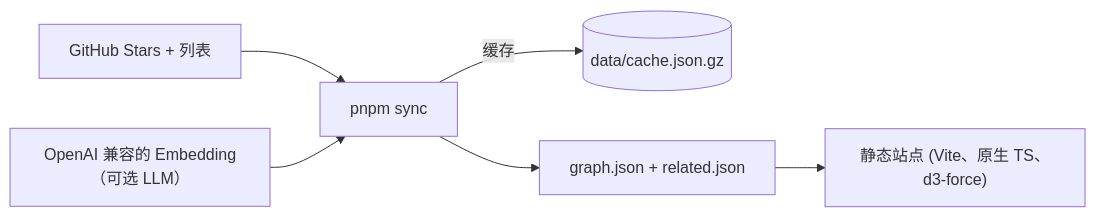
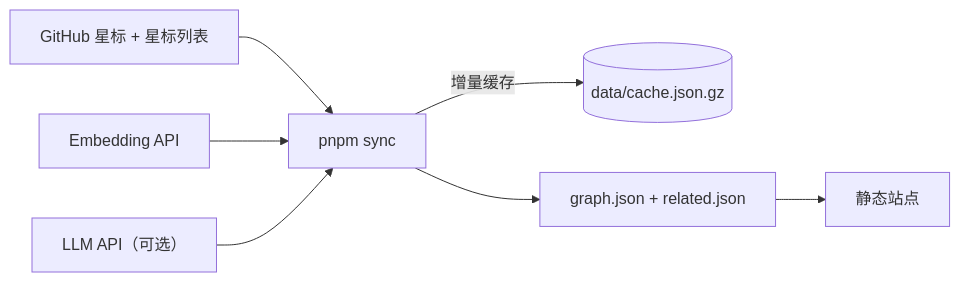
The diagram in README.zh.md (Tendo33/MyNebula), drawn with Mermaid before and after one commit. The commit also changed other lines of this file and 6 other files, not shown here.

````diff
--- a/README.zh.md
+++ b/README.zh.md
@@ -59,8 +41,9 @@
 ```mermaid
 flowchart LR
-    GH["GitHub Stars + 列表"] --> P["pnpm sync"]
-    AI["OpenAI 兼容的 Embedding（可选 LLM）"] --> P
-    P -->|缓存| C[("data/cache.json.gz")]
-    P --> J["graph.json + related.json"]
-    J --> W["静态站点 (Vite、原生 TS、d3-force)"]
+    GH["GitHub 星标 + 星标列表"] --> S["pnpm sync"]
+    E["Embedding API"] --> S
+    L["LLM API（可选）"] --> S
+    S -->|增量缓存| C[("data/cache.json.gz")]
+    S --> J["graph.json + related.json"]
+    J --> W["静态站点"]
 ```
````
